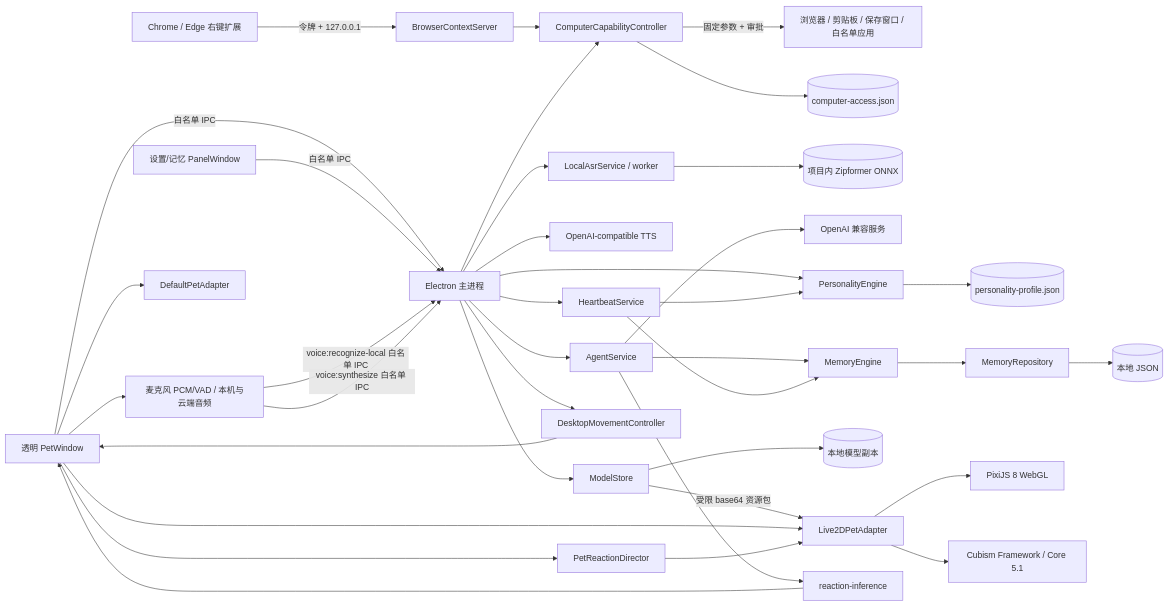
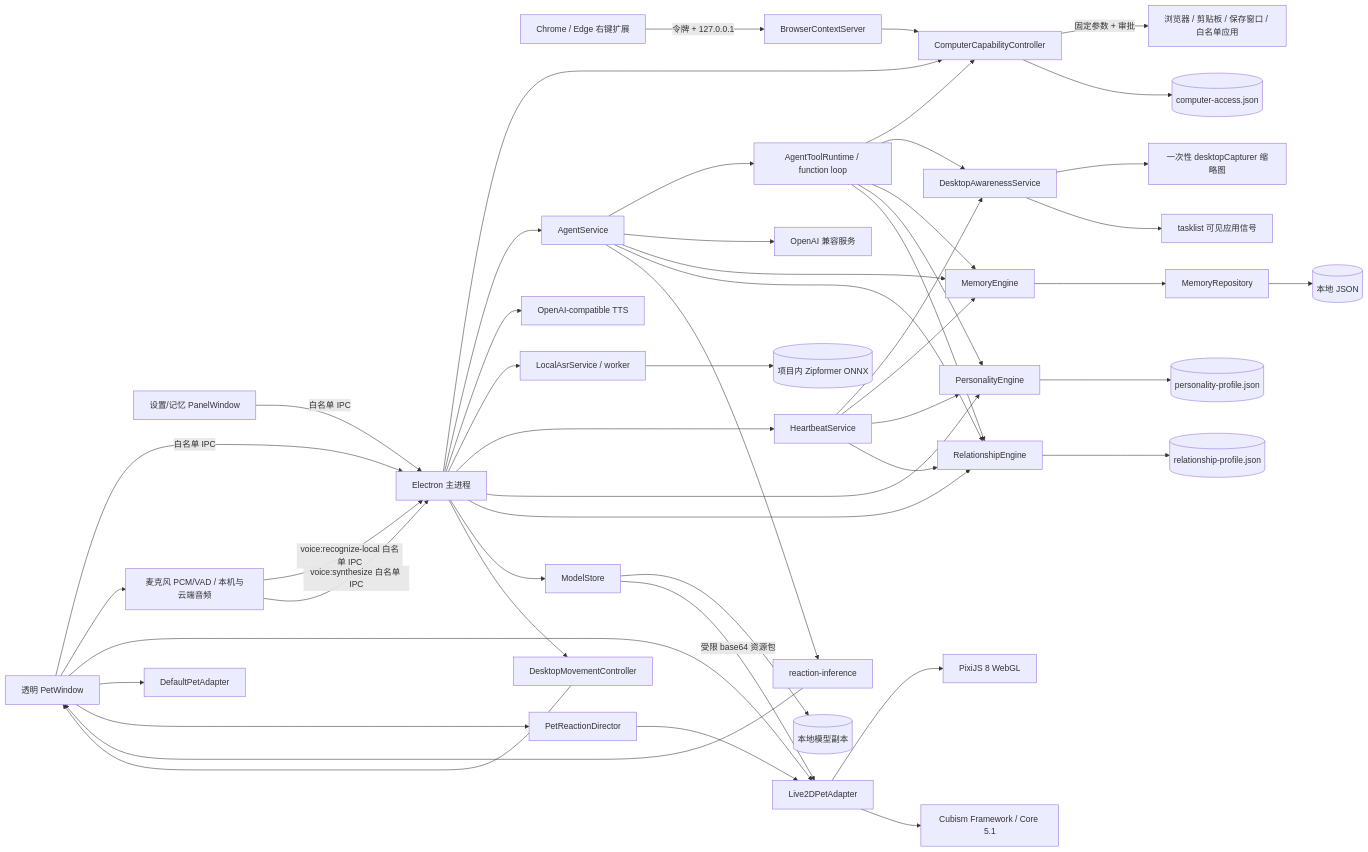
One commit to MonsterN58/memory-pet-agent changed the first of 6 diagrams in docs/ARCHITECTURE.md. Above: the diagram before and after it, drawn with Mermaid. The commit also changed other lines of this file and 35 other files, not shown here.

````diff
--- a/docs/ARCHITECTURE.md
+++ b/docs/ARCHITECTURE.md
@@ -5,39 +5,52 @@
 ```mermaid
 flowchart LR
   UI[透明 PetWindow] -->|白名单 IPC| Main[Electron 主进程]
   Panel[设置/记忆 PanelWindow] -->|白名单 IPC| Main
   Extension[Chrome / Edge 右键扩展] -->|令牌 + 127.0.0.1| BrowserBridge[BrowserContextServer]
   BrowserBridge --> Capability[ComputerCapabilityController]
   Main --> Capability
   Capability -->|固定参数 + 审批| DesktopTools[浏览器 / 剪贴板 / 保存窗口 / 白名单应用]
   Capability --> Audit[(computer-access.json)]
   Main --> Agent[AgentService]
+  Agent --> ToolLoop[AgentToolRuntime / function loop]
+  ToolLoop --> Capability
+  ToolLoop --> Awareness
+  ToolLoop --> Memory
+  ToolLoop --> Personality
+  ToolLoop --> Relationship
   Main --> TTS[OpenAI-compatible TTS]
   Main --> ASR[LocalAsrService / worker]
   ASR --> ASRModel[(项目内 Zipformer ONNX)]
   Main --> Heartbeat[HeartbeatService]
+  Heartbeat --> Awareness[DesktopAwarenessService]
+  Awareness --> Screen[一次性 desktopCapturer 缩略图]
+  Awareness --> Processes[tasklist 可见应用信号]
   Agent --> Provider[OpenAI 兼容服务]
   Agent --> Memory[MemoryEngine]
   Heartbeat --> Memory
   Main --> Personality[PersonalityEngine]
   Heartbeat --> Personality
   Personality --> PersonalityStore[(personality-profile.json)]
+  Main --> Relationship[RelationshipEngine]
+  Agent --> Relationship
+  Heartbeat --> Relationship
+  Relationship --> RelationshipStore[(relationship-profile.json)]
   Memory --> Repo[MemoryRepository]
   Repo --> Disk[(本地 JSON)]
   Main --> ModelStore[ModelStore]
   ModelStore --> ModelDisk[(本地模型副本)]
   ModelStore -->|受限 base64 资源包| Live2DModel[Live2DPetAdapter]
   Live2DModel --> Pixi[PixiJS 8 WebGL]
   Live2DModel --> Cubism[Cubism Framework / Core 5.1]
   UI --> Voice[麦克风 PCM/VAD / 本机与云端音频]
   Voice -->|voice:recognize-local 白名单 IPC| Main
   Voice -->|voice:synthesize 白名单 IPC| Main
   UI --> Live2DModel
   UI --> Fallback[DefaultPetAdapter]
   Main --> Move[DesktopMovementController]
   Move --> UI
   Agent --> Reaction[reaction-inference]
   Reaction --> UI
   UI --> Director[PetReactionDirector]
   Director --> Live2DModel
 ```
````
